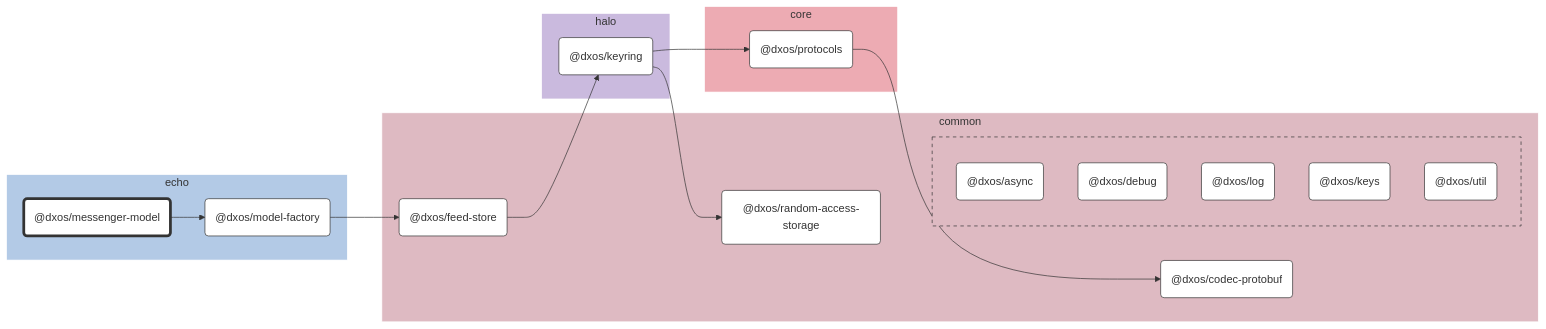
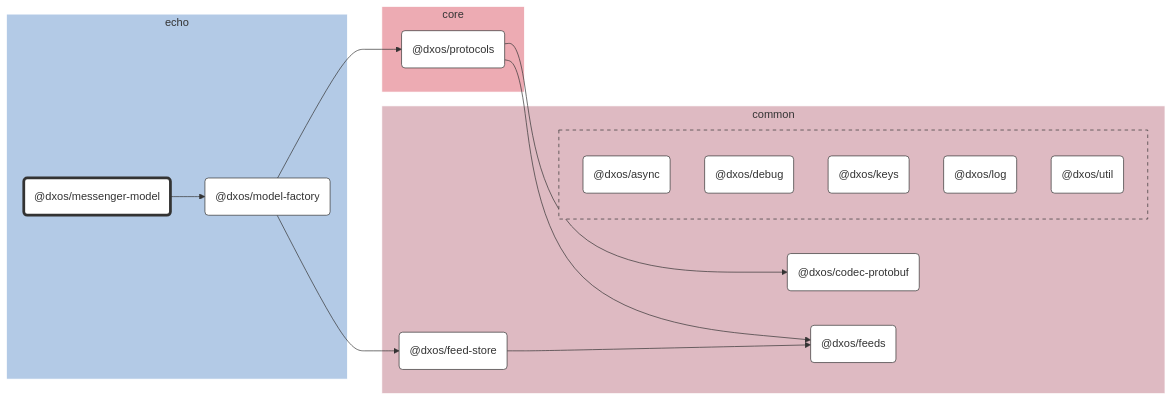
One commit to dxos/dxos changed the diagram in packages/core/echo/messenger-model/docs/README.md. Above: the diagram before and after it, drawn with Mermaid. The commit also changed other lines of this file and 64 other files, not shown here.

````diff
--- a/packages/core/echo/messenger-model/docs/README.md
+++ b/packages/core/echo/messenger-model/docs/README.md
@@ -7,64 +7,58 @@
 ```mermaid
 %%{ init: {'flowchart':{'curve':'basis'}} }%%
 
 flowchart LR
 
 %% Classes
 classDef def fill:#fff,stroke:#333,stroke-width:1px
 classDef root fill:#fff,stroke:#333,stroke-width:4px
 
 %% Nodes
 
 subgraph echo [echo]
   style echo fill:#b3cae6,stroke:#fff
   dxos/messenger-model("@dxos/messenger-model"):::root
   click dxos/messenger-model "dxos/dxos/tree/main/packages/core/echo/messenger-model/docs"
   dxos/model-factory("@dxos/model-factory"):::def
   click dxos/model-factory "dxos/dxos/tree/main/packages/core/echo/model-factory/docs"
 end
 
 subgraph common [common]
   style common fill:#debac2,stroke:#fff
   dxos/codec-protobuf("@dxos/codec-protobuf"):::def
   click dxos/codec-protobuf "dxos/dxos/tree/main/packages/common/codec-protobuf/docs"
   dxos/feed-store("@dxos/feed-store"):::def
   click dxos/feed-store "dxos/dxos/tree/main/packages/common/feed-store/docs"
-  dxos/random-access-storage("@dxos/random-access-storage"):::def
-  click dxos/random-access-storage "dxos/dxos/tree/main/packages/common/random-access-storage/docs"
+  dxos/feeds("@dxos/feeds"):::def
+  click dxos/feeds "dxos/dxos/tree/main/packages/common/feeds/docs"
 
   subgraph common-excluded [ ]
     style common-excluded fill:#debac2,stroke:#333,stroke-dasharray:5 5
     dxos/async("@dxos/async"):::def
     click dxos/async "dxos/dxos/tree/main/packages/common/async/docs"
     dxos/debug("@dxos/debug"):::def
     click dxos/debug "dxos/dxos/tree/main/packages/common/debug/docs"
+    dxos/keys("@dxos/keys"):::def
+    click dxos/keys "dxos/dxos/tree/main/packages/common/keys/docs"
     dxos/log("@dxos/log"):::def
     click dxos/log "dxos/dxos/tree/main/packages/common/log/docs"
-    dxos/keys("@dxos/keys"):::def
-    click dxos/keys "dxos/dxos/tree/main/packages/common/keys/docs"
     dxos/util("@dxos/util"):::def
     click dxos/util "dxos/dxos/tree/main/packages/common/util/docs"
   end
-end
-
-subgraph halo [halo]
-  style halo fill:#cabade,stroke:#fff
-  dxos/keyring("@dxos/keyring"):::def
-  click dxos/keyring "dxos/dxos/tree/main/packages/core/halo/keyring/docs"
 end
 
 subgraph core [core]
   style core fill:#edabb3,stroke:#fff
   dxos/protocols("@dxos/protocols"):::def
   click dxos/protocols "dxos/dxos/tree/main/packages/core/protocols/docs"
 end
 
 %% Links
 linkStyle default stroke:#333,stroke-width:1px
 dxos/messenger-model --> dxos/model-factory
 dxos/model-factory --> dxos/feed-store
-dxos/feed-store --> dxos/keyring
-dxos/keyring --> dxos/protocols
+dxos/feed-store --> dxos/feeds
+dxos/model-factory --> dxos/protocols
 dxos/protocols --> dxos/codec-protobuf
-dxos/keyring --> dxos/random-access-storage
+dxos/protocols --> dxos/feeds
 ```
````
